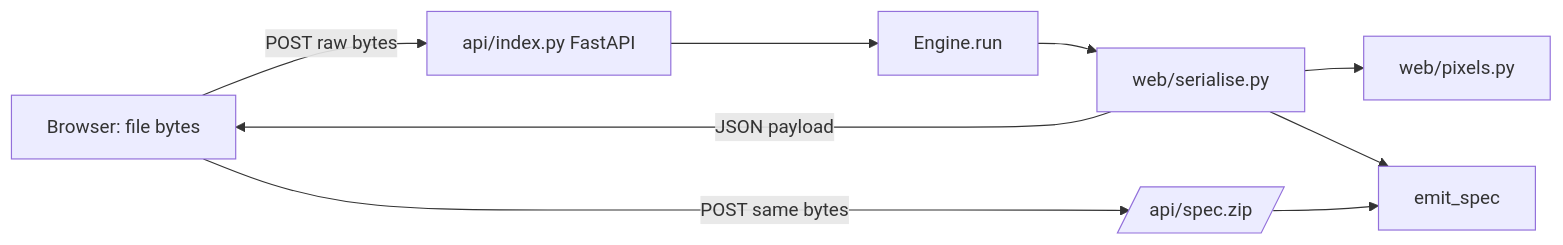
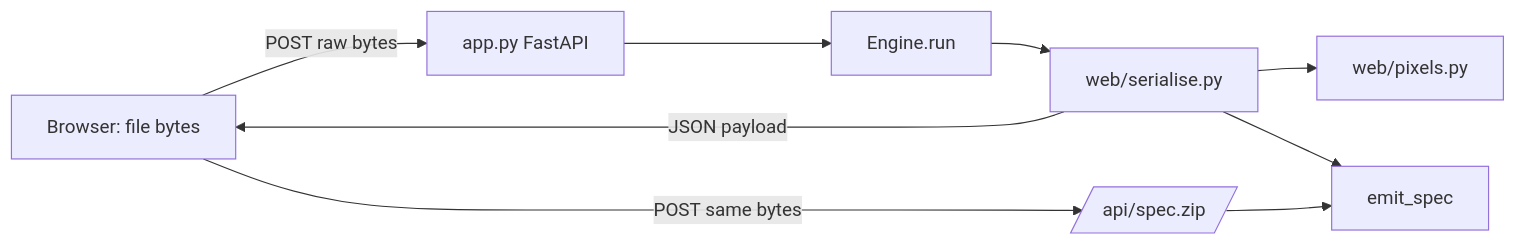
One commit to RAK2315/necropsy changed the diagram in .kiro/specs/necropsy-ui/design.md. Above: the diagram before and after it, drawn with Mermaid. The commit also changed other lines of this file and 4 other files, not shown here.

````diff
--- a/.kiro/specs/necropsy-ui/design.md
+++ b/.kiro/specs/necropsy-ui/design.md
@@ -7,11 +7,11 @@
 ```mermaid
 flowchart LR
-    B[Browser: file bytes] -->|POST raw bytes| F[api/index.py FastAPI]
+    B[Browser: file bytes] -->|POST raw bytes| F[app.py FastAPI]
     F --> E[Engine.run]
     E --> S[web/serialise.py]
     S --> P[web/pixels.py]
     S --> M[emit_spec]
     S -->|JSON payload| B
     B -->|POST same bytes| Z[/api/spec.zip/]
     Z --> M
 ```
````
